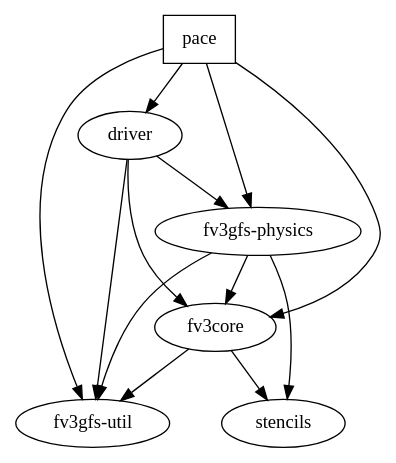
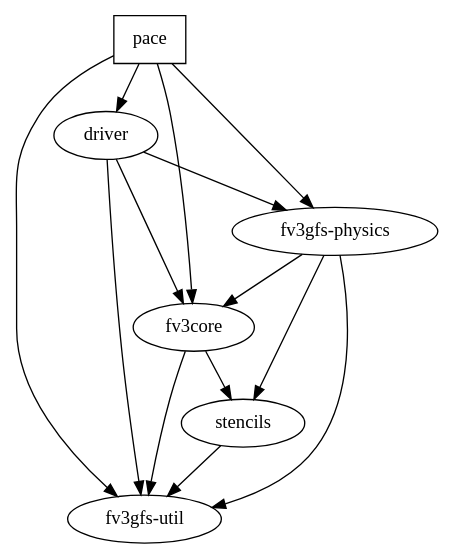
Before and after one commit to ai2cm/pace: the diagram in dependencies.dot, drawn with Graphviz.

Commit message:
include stencils in dot

```diff
--- a/dependencies.dot
+++ b/dependencies.dot
@@ -1,27 +1,29 @@
 # this dotfile is used as a reference source for project dependencies
 # each folder entry must have a "label" equal to its directory name
 #
 # If you update this file, please re-generate the svg with `make dependencies.svg`
 # and commit it to the repository
 
 digraph {
   pace [shape=box]
   fv3core [shape=oval, label="fv3core"]
   driver [shape=oval, label="driver"]
   physics [shape=oval, label="fv3gfs-physics"]
   util [shape=oval, label="fv3gfs-util"]
+  stencils [shape=oval, label="stencils"]
 
   pace -> fv3core
   pace -> physics
   pace -> util
   pace -> driver
   driver -> fv3core
   driver -> physics
   driver -> util
   fv3core -> util
   physics -> util
   physics -> fv3core
   fv3core -> stencils
   physics -> stencils
+  stencils -> util
 
 }
```
